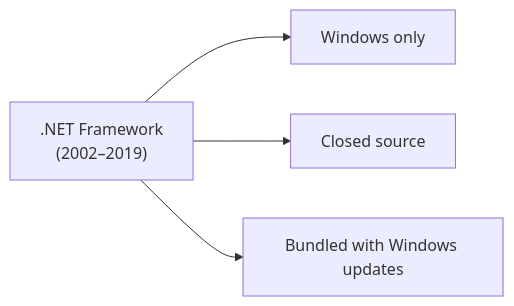
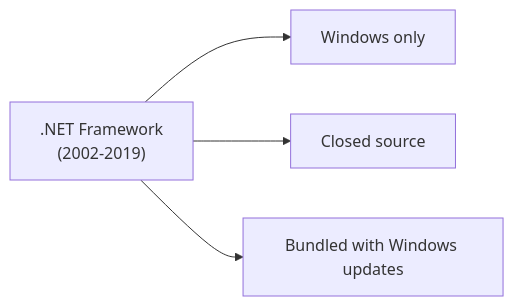
The first of 3 diagrams in content/courses/intro-modern-csharp/evolution-of-dotnet.mdx (dataslope/dataslope), drawn with Mermaid before and after one commit. The commit also changed 3 other files, not shown here.

First line of the commit message:
Normalize special dashes inside mermaid diagram labels

````diff
--- a/content/courses/intro-modern-csharp/evolution-of-dotnet.mdx
+++ b/content/courses/intro-modern-csharp/evolution-of-dotnet.mdx
@@ -27,6 +27,6 @@
 ```mermaid
 flowchart LR
-    NF[".NET Framework<br/>(2002–2019)"] --> W[Windows only]
+    NF[".NET Framework<br/>(2002-2019)"] --> W[Windows only]
     NF --> CL[Closed source]
     NF --> Big[Bundled with Windows updates]
 ```
````
